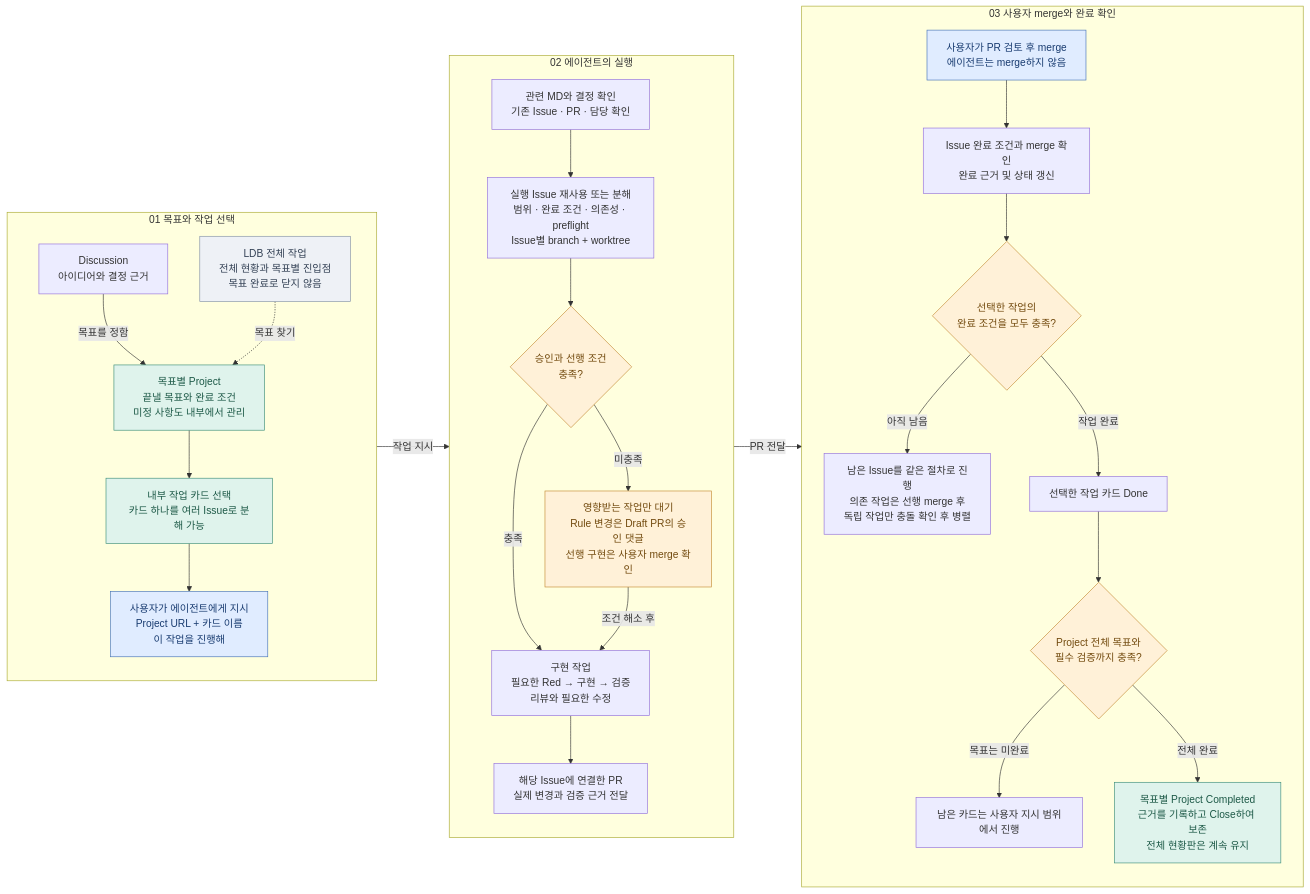
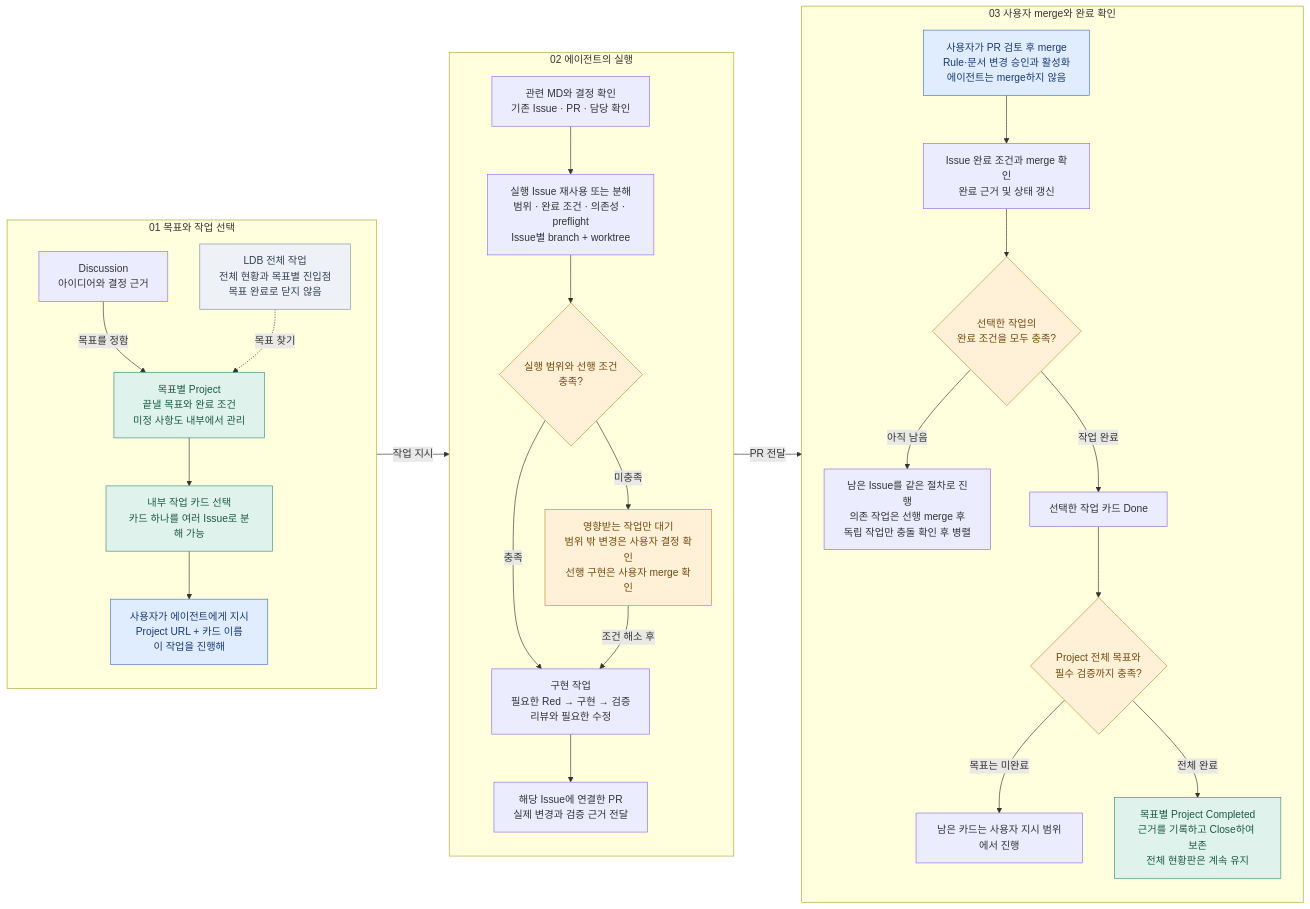
One commit to blahaj94/ldb changed the diagram in scripts/workflow.mmd. Above: the diagram before and after it, drawn with Mermaid. The commit also changed 20 other files, not shown here.

Commit message:
docs: make user merge approve rule changes

```diff
--- a/scripts/workflow.mmd
+++ b/scripts/workflow.mmd
@@ -1,55 +1,55 @@
 flowchart LR
   subgraph PLAN["01  목표와 작업 선택"]
     direction TB
     D["Discussion<br/>아이디어와 결정 근거"]
     O["LDB 전체 작업<br/>전체 현황과 목표별 진입점<br/>목표 완료로 닫지 않음"]
     P["목표별 Project<br/>끝낼 목표와 완료 조건<br/>미정 사항도 내부에서 관리"]
     T["내부 작업 카드 선택<br/>카드 하나를 여러 Issue로 분해 가능"]
     U["사용자가 에이전트에게 지시<br/>Project URL + 카드 이름<br/>이 작업을 진행해"]
     D -->|목표를 정함| P
     O -.->|목표 찾기| P
     P --> T --> U
   end
 
   subgraph EXECUTE["02  에이전트의 실행"]
     direction TB
     C["관련 MD와 결정 확인<br/>기존 Issue · PR · 담당 확인"]
     I["실행 Issue 재사용 또는 분해<br/>범위 · 완료 조건 · 의존성 · preflight<br/>Issue별 branch + worktree"]
-    G{"승인과 선행 조건<br/>충족?"}
-    H["영향받는 작업만 대기<br/>Rule 변경은 Draft PR의 승인 댓글<br/>선행 구현은 사용자 merge 확인"]
+    G{"실행 범위와 선행 조건<br/>충족?"}
+    H["영향받는 작업만 대기<br/>범위 밖 변경은 사용자 결정 확인<br/>선행 구현은 사용자 merge 확인"]
     W["구현 작업<br/>필요한 Red → 구현 → 검증<br/>리뷰와 필요한 수정"]
     R["해당 Issue에 연결한 PR<br/>실제 변경과 검증 근거 전달"]
     C --> I --> G
     G -->|충족| W --> R
     G -->|미충족| H
     H -->|조건 해소 후| W
   end
 
   subgraph FINISH["03  사용자 merge와 완료 확인"]
     direction TB
-    M["사용자가 PR 검토 후 merge<br/>에이전트는 merge하지 않음"]
+    M["사용자가 PR 검토 후 merge<br/>Rule·문서 변경 승인과 활성화<br/>에이전트는 merge하지 않음"]
     E["Issue 완료 조건과 merge 확인<br/>완료 근거 및 상태 갱신"]
     Q{"선택한 작업의<br/>완료 조건을 모두 충족?"}
     N["남은 Issue를 같은 절차로 진행<br/>의존 작업은 선행 merge 후<br/>독립 작업만 충돌 확인 후 병렬"]
     F{"Project 전체 목표와<br/>필수 검증까지 충족?"}
     A["선택한 작업 카드 Done"]
     B["남은 카드는 사용자 지시 범위에서 진행"]
     Z["목표별 Project Completed<br/>근거를 기록하고 Close하여 보존<br/>전체 현황판은 계속 유지"]
     M --> E --> Q
     Q -->|아직 남음| N
     Q -->|작업 완료| A --> F
     F -->|목표는 미완료| B
     F -->|전체 완료| Z
   end
 
   PLAN -->|작업 지시| EXECUTE
   EXECUTE -->|PR 전달| FINISH
 
   classDef human fill:#e0ecff,stroke:#4673b8,color:#183b70
   classDef goal fill:#dff3ec,stroke:#3d8e79,color:#1d5947
   classDef caution fill:#fff1d8,stroke:#c48b35,color:#724a0e
   classDef overview fill:#eef1f6,stroke:#8592a6,color:#334155
   class U,M human
   class P,T,Z goal
   class G,H,Q,F caution
   class O overview
```
